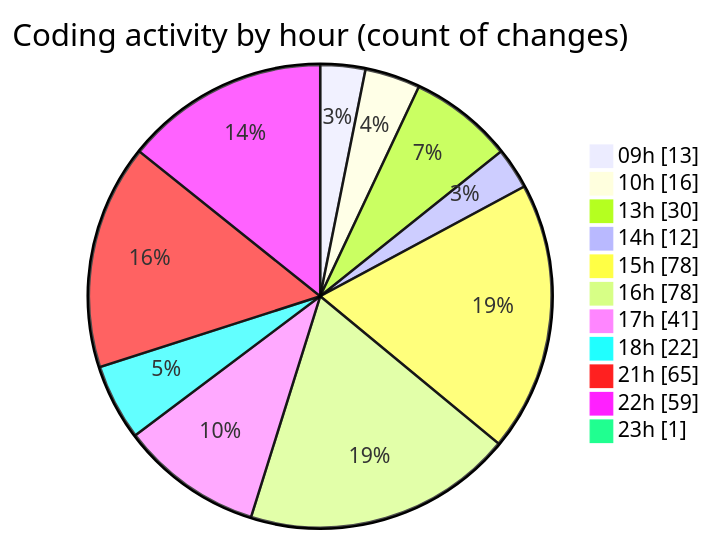
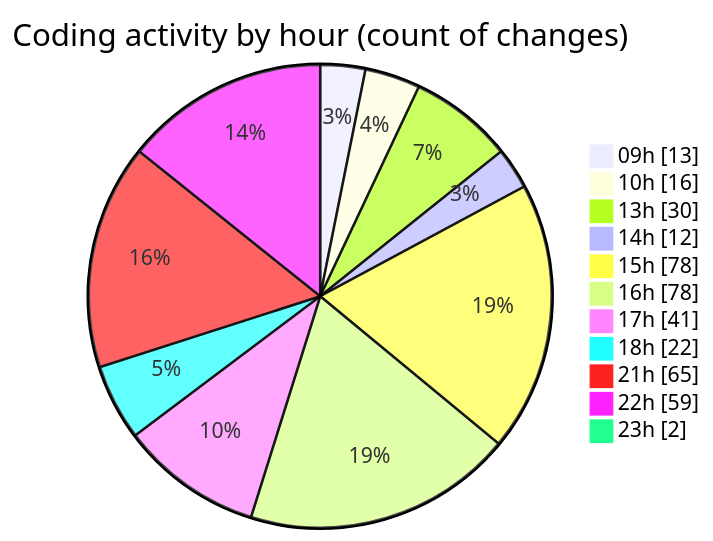
The second of 2 diagrams in 2025-03-31/cda/README.md (momahboobian/code-tracking), drawn with Mermaid before and after one commit. The commit also changed other lines of this file and 1 other file, not shown here.

````diff
--- a/2025-03-31/cda/README.md
+++ b/2025-03-31/cda/README.md
@@ -50,15 +50,15 @@
 ```mermaid
 pie showData
 title Coding activity by hour (count of changes)
 "09h" : 13
 "10h" : 16
 "13h" : 30
 "14h" : 12
 "15h" : 78
 "16h" : 78
 "17h" : 41
 "18h" : 22
 "21h" : 65
 "22h" : 59
-"23h" : 1
+"23h" : 2
 ```
````
